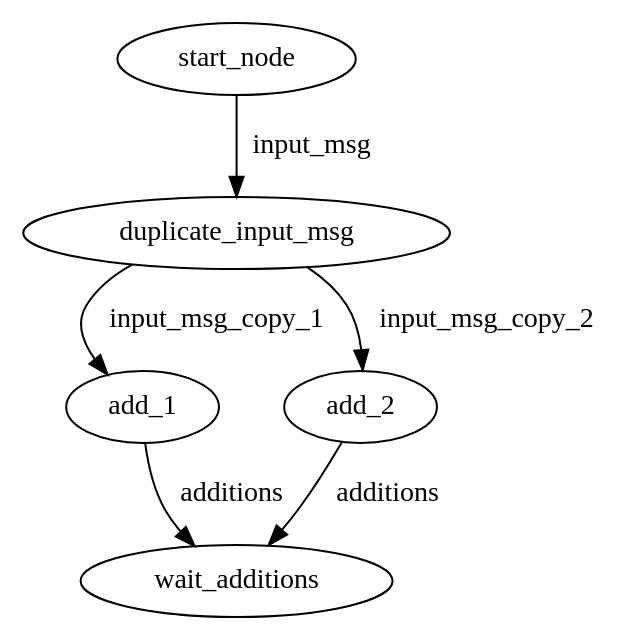
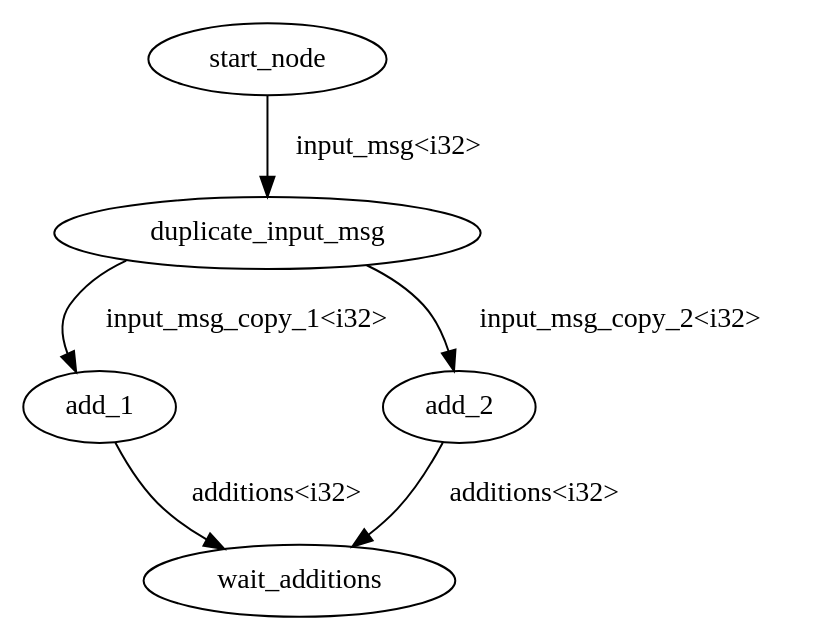
One commit to qwfy/dge changed the diagram in dge-example/src/generated/graph.dot. Above: the diagram before and after it, drawn with Graphviz. The commit also changed 3 other files, not shown here.

Commit message:
Annotate the generated graph edge with message type

```diff
--- a/dge-example/src/generated/graph.dot
+++ b/dge-example/src/generated/graph.dot
@@ -1,12 +1,12 @@
 digraph {
     0 [ label = "start_node" ]
     1 [ label = "duplicate_input_msg" ]
     2 [ label = "add_1" ]
     3 [ label = "add_2" ]
     4 [ label = "wait_additions" ]
-    0 -> 1 [ label = "input_msg" ]
-    1 -> 2 [ label = "input_msg_copy_1" ]
-    1 -> 3 [ label = "input_msg_copy_2" ]
-    2 -> 4 [ label = "additions" ]
-    3 -> 4 [ label = "additions" ]
+    0 -> 1 [ label = "input_msg<i32>" ]
+    1 -> 2 [ label = "input_msg_copy_1<i32>" ]
+    1 -> 3 [ label = "input_msg_copy_2<i32>" ]
+    2 -> 4 [ label = "additions<i32>" ]
+    3 -> 4 [ label = "additions<i32>" ]
 }
```
